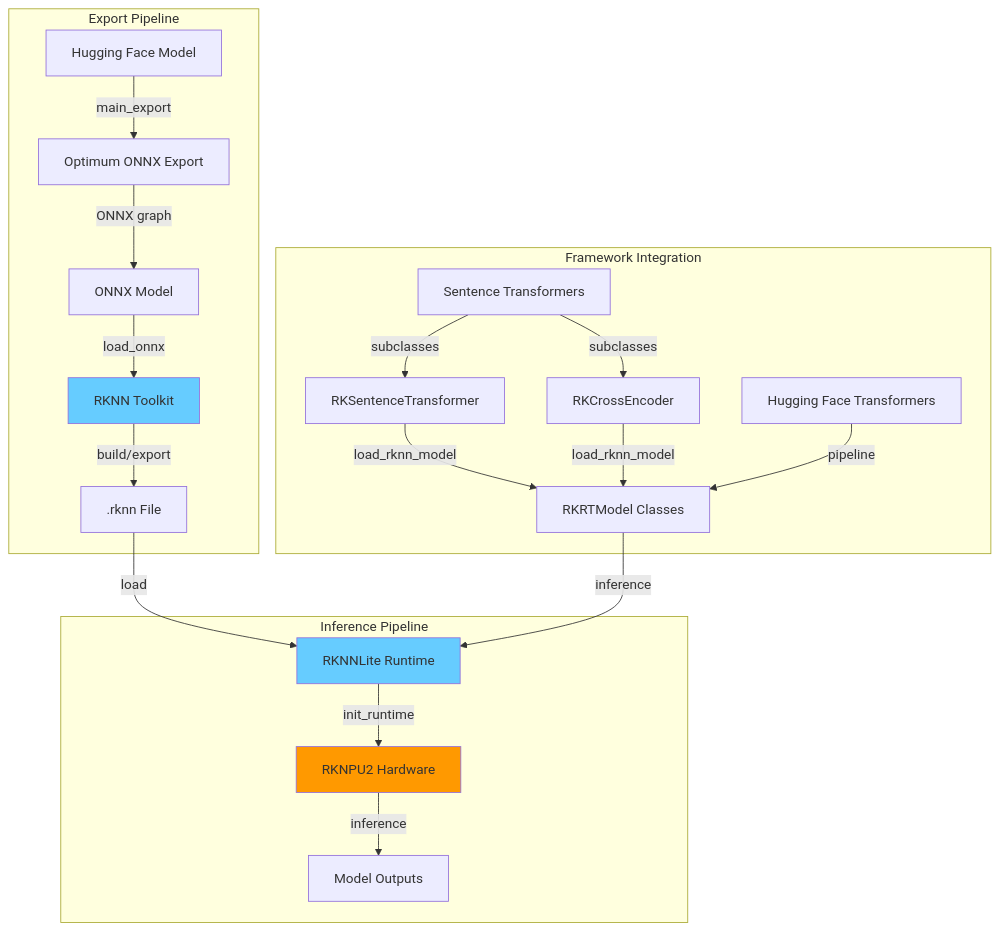
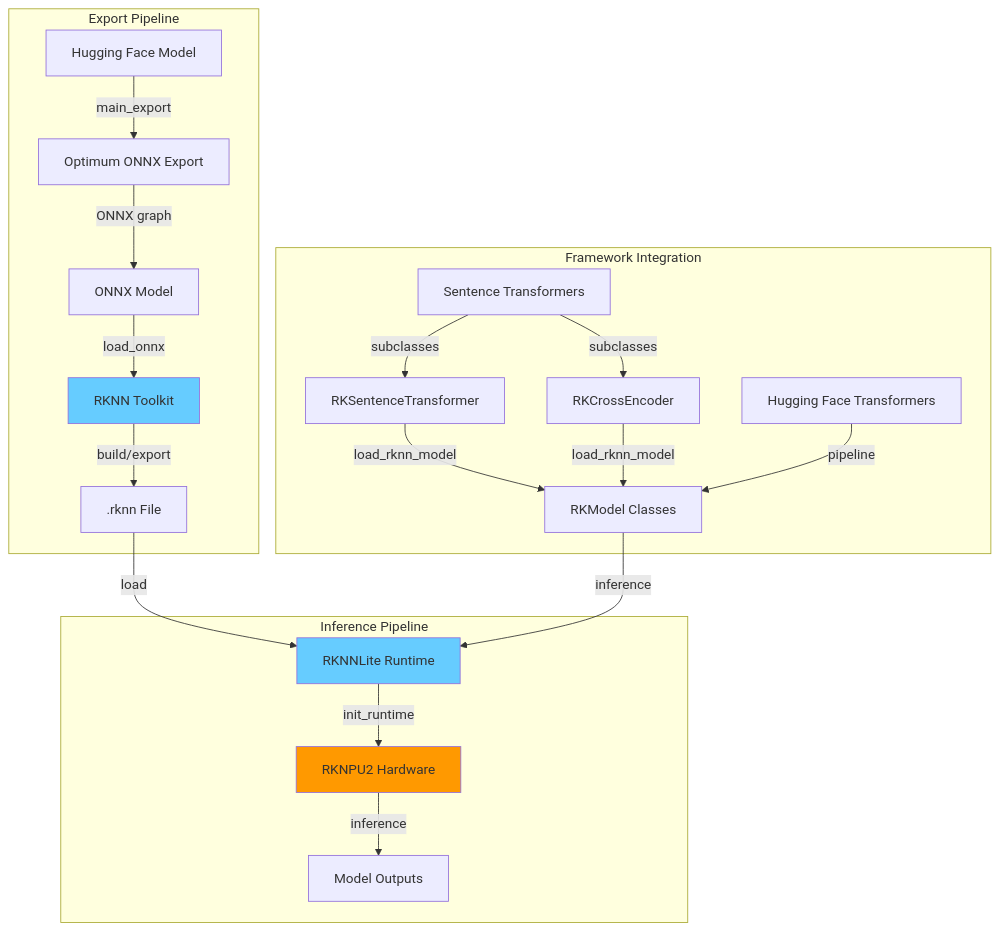
The diagram in README.md (emapco/rk-transformers), drawn with Mermaid before and after one commit. The commit also changed other lines of this file and 28 other files, not shown here.

Commit message:
refactor: rename `RKRTModel` to `RKModel`, add RKNN model usage card templates

````diff
--- a/README.md
+++ b/README.md
@@ -394,40 +394,40 @@
 ```mermaid
 graph TB
     subgraph "Export Pipeline"
         HF[Hugging Face Model]
         OPT[Optimum ONNX Export]
         ONNX[ONNX Model]
         RKNN_TK[RKNN Toolkit]
         RKNN_FILE[.rknn File]
         
         HF -->|main_export| OPT
         OPT -->|ONNX graph| ONNX
         ONNX -->|load_onnx| RKNN_TK
         RKNN_TK -->|build/export| RKNN_FILE
     end
     
     subgraph "Inference Pipeline"
         RKNN_FILE -->|load| RKNN_LITE[RKNNLite Runtime]
         RKNN_LITE -->|init_runtime| NPU[RKNPU2 Hardware]
         NPU -->|inference| RESULTS[Model Outputs]
     end
     
     subgraph "Framework Integration"
         ST[Sentence Transformers]
         RKST[RKSentenceTransformer]
         RKCE[RKCrossEncoder]
-        RKRT[RKRTModel Classes]
+        RKRT[RKModel Classes]
         HFT[Hugging Face Transformers]
         
         ST -->|subclasses| RKST
         ST -->|subclasses| RKCE
         RKST -->|load_rknn_model| RKRT
         RKCE -->|load_rknn_model| RKRT
         RKRT -->|inference| RKNN_LITE
         HFT -->|pipeline| RKRT
     end
     
     style NPU fill:#ff9900
     style RKNN_TK fill:#66ccff
     style RKNN_LITE fill:#66ccff
 ```
````
